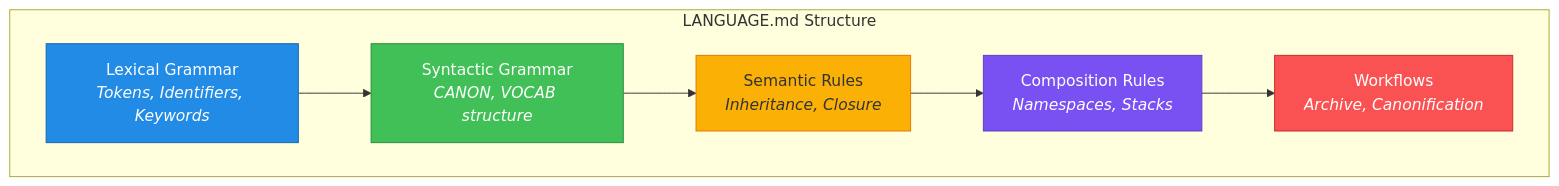
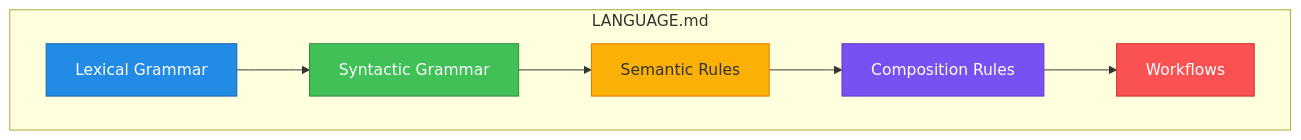
One commit to canonic-machine/paper changed the fifth of 7 diagrams in manuscript.md. Above: the diagram before and after it, drawn with Mermaid. The commit also changed other lines of this file and 242 other files, not shown here.

````diff
--- a/manuscript.md
+++ b/manuscript.md
@@ -501,18 +378,18 @@
 ```mermaid
 flowchart TB
-    subgraph Specification["LANGUAGE.md Structure"]
-        L1["Lexical Grammar<br/><i>Tokens, Identifiers, Keywords</i>"]
-        L2["Syntactic Grammar<br/><i>CANON, VOCAB structure</i>"]
-        L3["Semantic Rules<br/><i>Inheritance, Closure</i>"]
-        L4["Composition Rules<br/><i>Namespaces, Stacks</i>"]
-        L5["Workflows<br/><i>Archive, Canonification</i>"]
+    subgraph Specification["LANGUAGE.md"]
+        L1["Lexical Grammar"]
+        L2["Syntactic Grammar"]
+        L3["Semantic Rules"]
+        L4["Composition Rules"]
+        L5["Workflows"]
     end
 
     L1 --> L2 --> L3 --> L4 --> L5
 
     style L1 fill:#228be6,stroke:#1864ab,color:white
     style L2 fill:#40c057,stroke:#2b8a3e,color:white
     style L3 fill:#fab005,stroke:#e67700
     style L4 fill:#7950f2,stroke:#5f3dc4,color:white
     style L5 fill:#fa5252,stroke:#c92a2a,color:white
 ```
````
